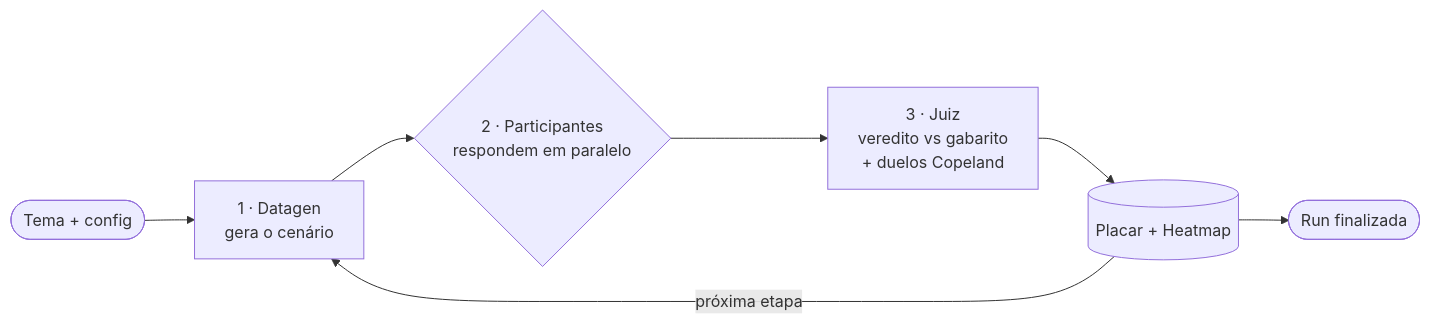
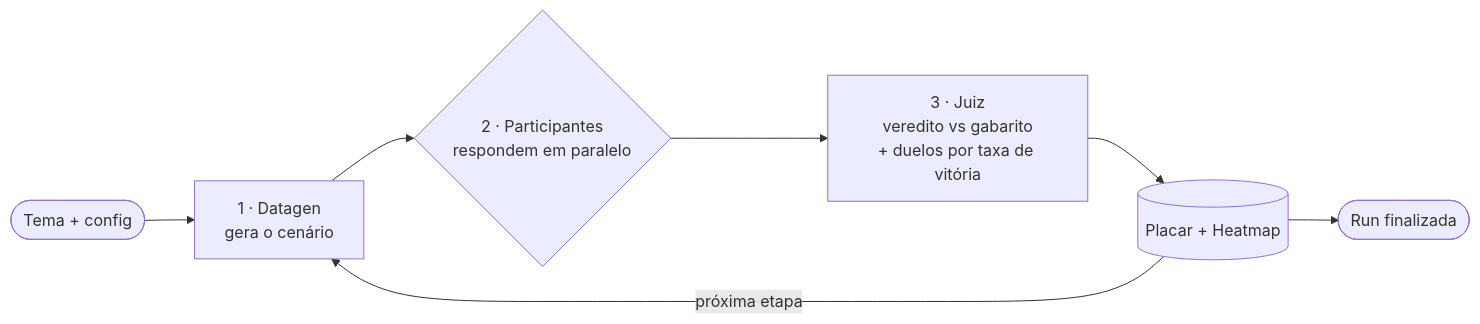
One commit to frederico-kluser/prompt-builder changed the first of 2 diagrams in README.md. Above: the diagram before and after it, drawn with Mermaid. The commit also changed other lines of this file and 26 other files, not shown here.

First line of the commit message:
fix(pesquisas): IMPL-007 painel de juízes por maioria simples (empate técnico) e placar dos duelos como taxa de vitória

````diff
--- a/README.md
+++ b/README.md
@@ -106,9 +106,9 @@
 ```mermaid
 flowchart LR
   T([Tema + config]) --> DG[1 · Datagen<br/>gera o cenário]
   DG --> C{2 · Participantes<br/>respondem em paralelo}
-  C --> J[3 · Juiz<br/>veredito vs gabarito<br/>+ duelos Copeland]
+  C --> J[3 · Juiz<br/>veredito vs gabarito<br/>+ duelos por taxa de vitória]
   J --> S[(Placar + Heatmap)]
   S -->|próxima etapa| DG
   S --> R([Run finalizada])
 ```
````
